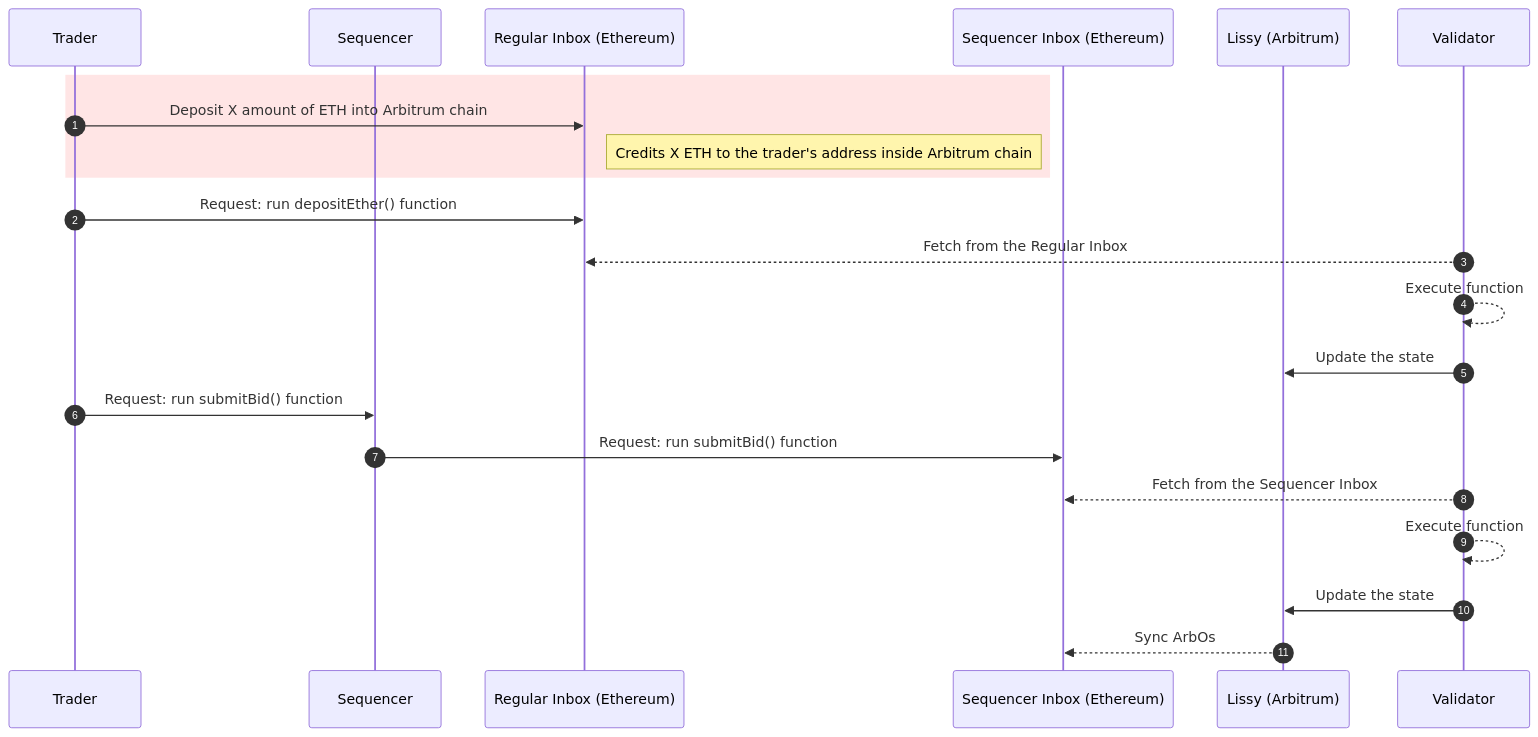
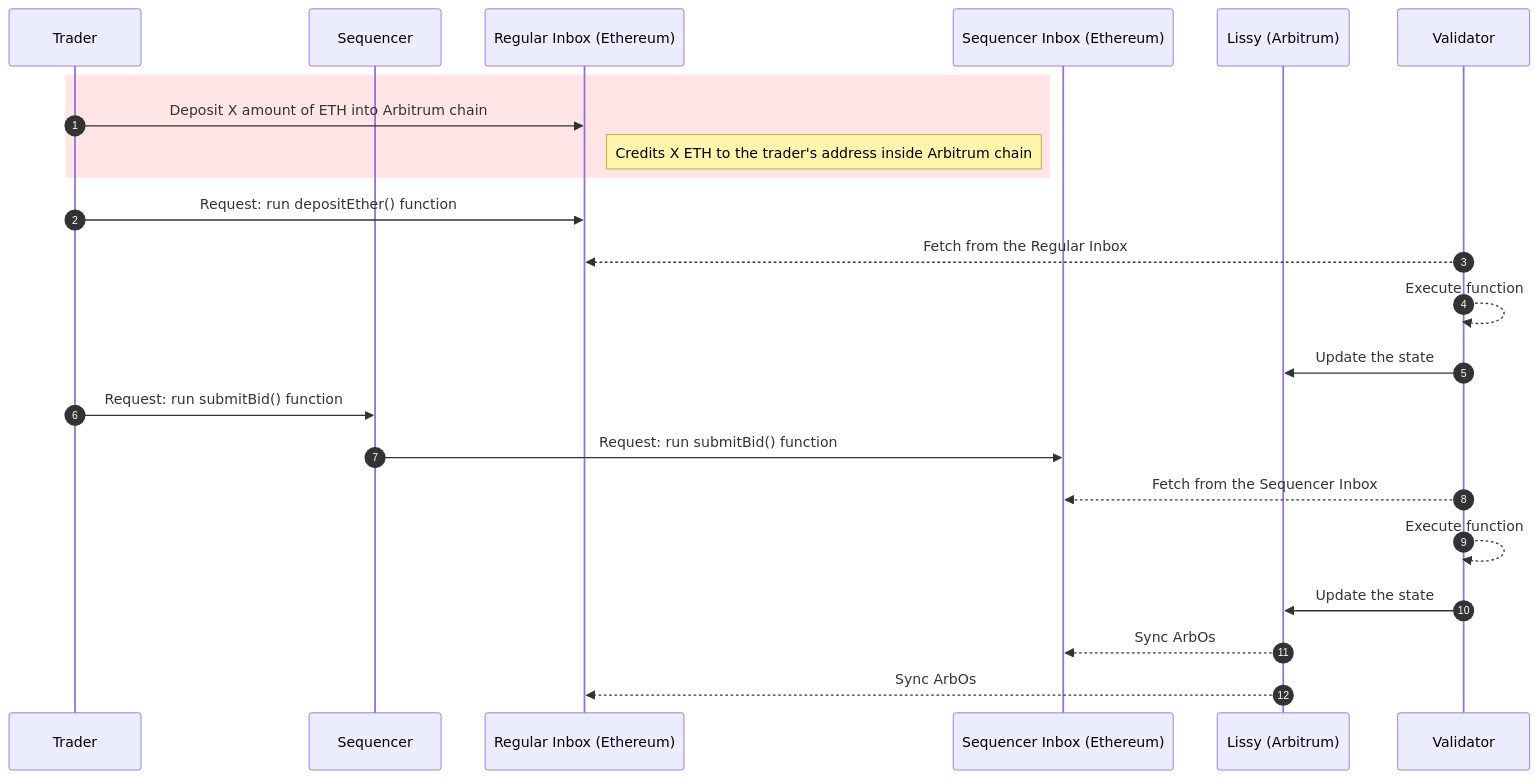
The diagram in LaTeX-LNCS-2022/fig/lissyL2.md (MadibaGroup/2020-Orderbook), drawn with Mermaid before and after one commit. The commit also changed 4 other files, not shown here.

````diff
--- a/LaTeX-LNCS-2022/fig/lissyL2.md
+++ b/LaTeX-LNCS-2022/fig/lissyL2.md
@@ -1,24 +1,25 @@
 ```mermaid
 sequenceDiagram
 autonumber
 participant Trader
 participant Sequencer
 participant Regular Inbox (Ethereum)
 participant Sequencer Inbox (Ethereum)
 participant Lissy (Arbitrum)
 participant Validator
 rect rgb(255, 0, 0, 0.1)
 Trader->>Regular Inbox (Ethereum): Deposit X amount of ETH into Arbitrum chain
 Note right of Regular Inbox (Ethereum): Credits X ETH to the trader's address inside Arbitrum chain
 end
 Trader->>Regular Inbox (Ethereum): Request: run depositEther() function
 Validator-->>Regular Inbox (Ethereum): Fetch from the Regular Inbox
 Validator-->>Validator: Execute function
 Validator->>Lissy (Arbitrum):Update the state
 Trader->>Sequencer: Request: run submitBid() function
 Sequencer->>Sequencer Inbox (Ethereum):Request: run submitBid() function
 Validator-->>Sequencer Inbox (Ethereum): Fetch from the Sequencer Inbox
 Validator-->>Validator: Execute function
 Validator->>Lissy (Arbitrum):Update the state
 Lissy (Arbitrum)-->>Sequencer Inbox (Ethereum): Sync ArbOs
+Lissy (Arbitrum)-->>Regular Inbox (Ethereum): Sync ArbOs
 ```
````
